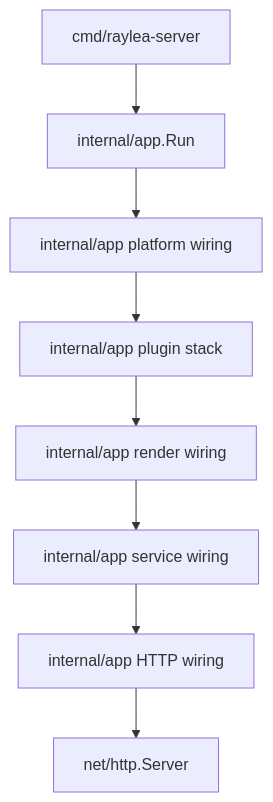
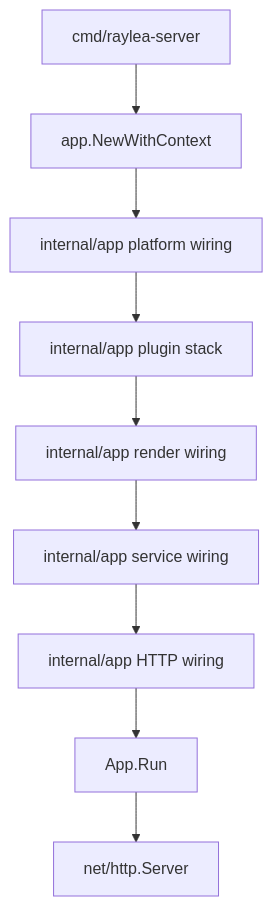
The first of 2 diagrams in docs/architecture/server-lifecycle.md (RayleaBot/RayleaBot), drawn with Mermaid before and after one commit. The commit also changed other lines of this file and 20 other files, not shown here.

````diff
--- a/docs/architecture/server-lifecycle.md
+++ b/docs/architecture/server-lifecycle.md
@@ -7,10 +7,11 @@
 ```mermaid
 flowchart TD
-  cmd["cmd/raylea-server"] --> run["internal/app.Run"]
-  run --> platform["internal/app platform wiring"]
+  cmd["cmd/raylea-server"] --> build["app.NewWithContext"]
+  build --> platform["internal/app platform wiring"]
   platform --> pluginstate["internal/app plugin stack"]
   pluginstate --> render["internal/app render wiring"]
   render --> services["internal/app service wiring"]
   services --> httpwire["internal/app HTTP wiring"]
-  httpwire --> server["net/http.Server"]
+  httpwire --> run["App.Run"]
+  run --> server["net/http.Server"]
 ```
````
